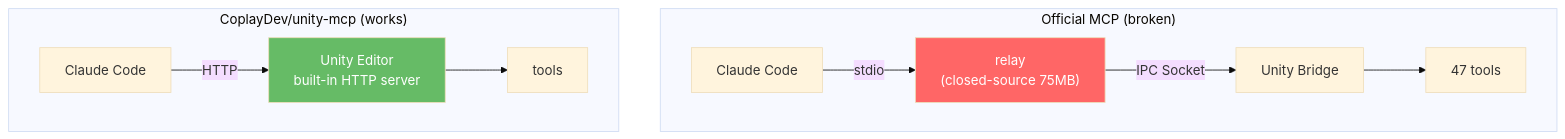
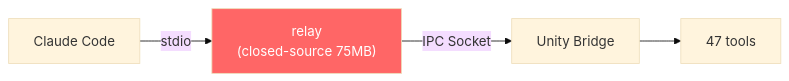
Before and after one commit to gigio1023/astro-blog: the second of 3 diagrams in src/content/blog/unity-official-mcp-broken-analysis/index.en.md, drawn with Mermaid (base theme). The commit also changed other lines of this file and 3 other files, not shown here.

First line of the commit message:
fix: mermaid theme colors and diagram layout

````diff
--- a/src/content/blog/unity-official-mcp-broken-analysis/index.en.md
+++ b/src/content/blog/unity-official-mcp-broken-analysis/index.en.md
@@ -256,15 +257,7 @@
 ```mermaid
-flowchart TB
-    subgraph "Official MCP (broken)"
-        O1["Claude Code"] -->|stdio| O2["relay<br/>(closed-source 75MB)"]
-        O2 -->|"IPC Socket"| O3["Unity Bridge"]
-        O3 --> O4["47 tools"]
-        style O2 fill:#f66,color:#fff
-    end
-
-    subgraph "CoplayDev/unity-mcp (works)"
-        C1["Claude Code"] -->|HTTP| C2["Unity Editor<br/>built-in HTTP server"]
-        C2 --> C3["tools"]
-        style C2 fill:#6b6,color:#fff
-    end
+flowchart LR
+    O1["Claude Code"] -->|stdio| O2["relay<br/>(closed-source 75MB)"]
+    O2 -->|"IPC Socket"| O3["Unity Bridge"]
+    O3 --> O4["47 tools"]
+    style O2 fill:#f66,color:#fff
 ```
````
